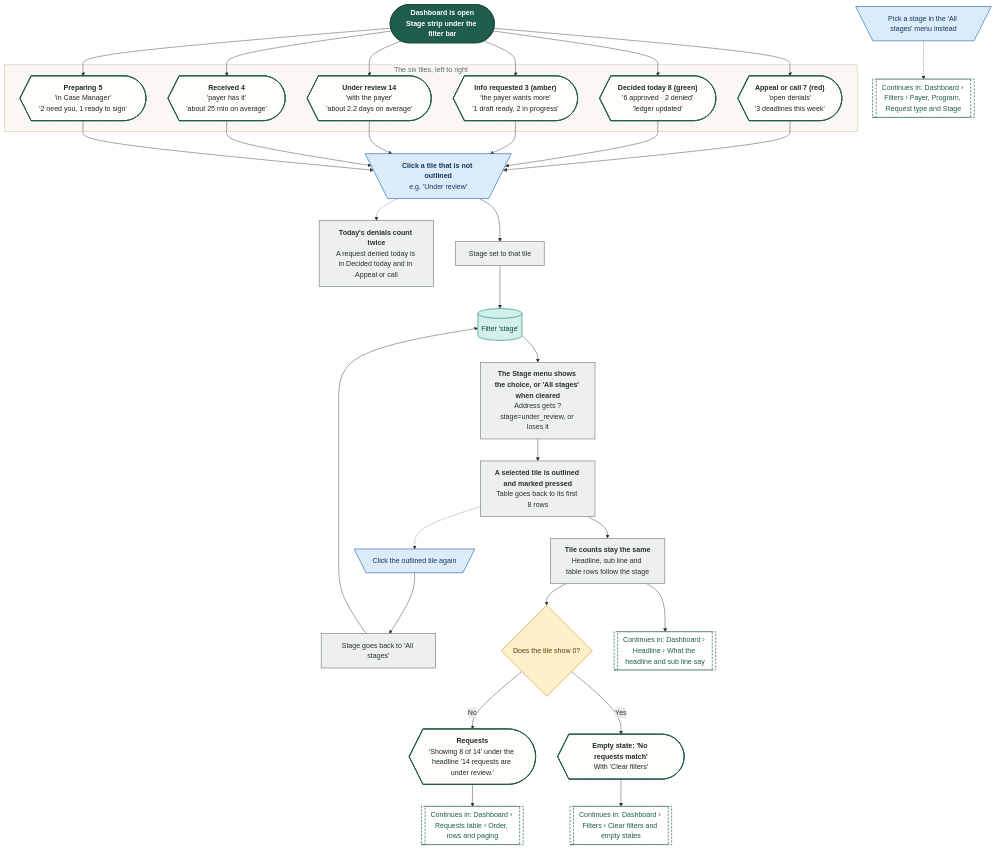
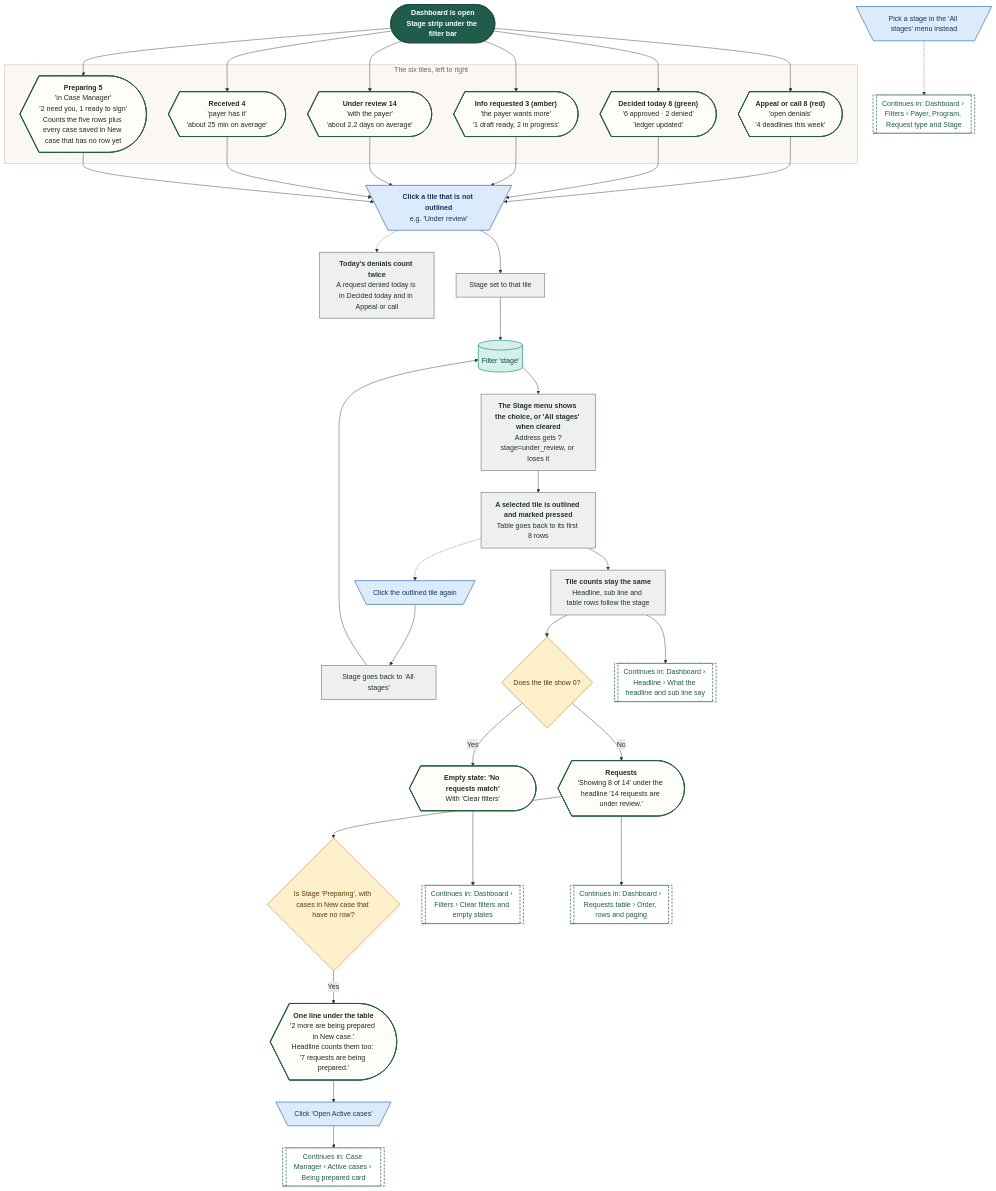
Before and after one commit to Shrav143/psyfloapp: the diagram in demos/prior-auth-demo/workflows/out/mmd/02-dashboard/50-stage-strip-click-a-tile.mmd, drawn with Mermaid. The commit also changed 195 other files, not shown here.

First line of the commit message:
docs: Rebuild workflow diagrams after the demo fixes (220 diagrams)

```diff
--- a/demos/prior-auth-demo/workflows/out/mmd/02-dashboard/50-stage-strip-click-a-tile.mmd
+++ b/demos/prior-auth-demo/workflows/out/mmd/02-dashboard/50-stage-strip-click-a-tile.mmd
@@ -1,66 +1,72 @@
 %%{init: {"theme":"base","themeVariables":{"fontFamily":"'DM Sans', 'Segoe UI', system-ui, sans-serif","fontSize":"15px","lineColor":"#5B6B63","primaryTextColor":"#1C2B25","clusterBkg":"#FBF8F3","clusterBorder":"#D9CDBB","edgeLabelBackground":"#FFFFFF"},"flowchart":{"curve":"basis","nodeSpacing":36,"rankSpacing":48,"padding":12,"htmlLabels":true,"useMaxWidth":false,"wrappingWidth":230}} }%%
 flowchart TD
   classDef k_start fill:#1F5C4B,stroke:#174638,color:#FFFFFF,stroke-width:1.5px,font-weight:600
   classDef k_end fill:#DDEFE3,stroke:#2E7D4F,color:#14502F,stroke-width:1.5px,font-weight:600
   classDef k_endx fill:#FBE3E0,stroke:#C0392B,color:#7A1F16,stroke-width:1.5px,font-weight:600
   classDef k_screen fill:#FFFDF8,stroke:#1F5C4B,color:#1C2B25,stroke-width:2px
   classDef k_overlay fill:#F1F7F3,stroke:#1F5C4B,color:#1C2B25,stroke-width:2px,stroke-dasharray:5 3
   classDef k_click fill:#DCEBFA,stroke:#2F6DB5,color:#12365F,stroke-width:1.5px
   classDef k_input fill:#E4E7FF,stroke:#4C5FD5,color:#1D2670,stroke-width:1.5px
   classDef k_process fill:#EEF0EE,stroke:#7A857F,color:#26302B,stroke-width:1.5px
   classDef k_agent fill:#EEE5FA,stroke:#7A4FC2,color:#341A63,stroke-width:1.5px
   classDef k_decision fill:#FFF0CC,stroke:#D9962B,color:#5C3B00,stroke-width:1.5px
   classDef k_store fill:#D5F0EA,stroke:#1C8E7B,color:#0B4A3F,stroke-width:1.5px
   classDef k_doc fill:#F6E9DC,stroke:#B07A4C,color:#4A2E14,stroke-width:1.5px
   classDef k_ext fill:#FFE6D2,stroke:#E07B39,color:#6B2F06,stroke-width:1.5px
   classDef k_wait fill:#E4E8EE,stroke:#6B7C93,color:#26303D,stroke-width:1.5px
   classDef k_toast fill:#FFF9DB,stroke:#C9A400,color:#5A4A00,stroke-width:1.5px
   classDef k_goto fill:#FFFFFF,stroke:#1F5C4B,color:#1F5C4B,stroke-width:1.5px,stroke-dasharray:5 3
   s1@{ shape: stadium, label: "<b>Dashboard is open</b><br/>Stage strip under the filter bar" }
   subgraph gTiles ["The six tiles, left to right"]
-  t1@{ shape: curv-trap, label: "<b>Preparing 5</b><br/>'in Case Manager'<br/>'2 need you, 1 ready to sign'" }
+  t1@{ shape: curv-trap, label: "<b>Preparing 5</b><br/>'in Case Manager'<br/>'2 need you, 1 ready to sign'<br/>Counts the five rows plus every case saved in New case that has no row yet" }
   t2@{ shape: curv-trap, label: "<b>Received 4</b><br/>'payer has it'<br/>'about 25 min on average'" }
   t3@{ shape: curv-trap, label: "<b>Under review 14</b><br/>'with the payer'<br/>'about 2.2 days on average'" }
   t4@{ shape: curv-trap, label: "<b>Info requested 3 (amber)</b><br/>'the payer wants more'<br/>'1 draft ready, 2 in progress'" }
   t5@{ shape: curv-trap, label: "<b>Decided today 8 (green)</b><br/>'6 approved · 2 denied'<br/>'ledger updated'" }
-  t6@{ shape: curv-trap, label: "<b>Appeal or call 7 (red)</b><br/>'open denials'<br/>'3 deadlines this week'" }
+  t6@{ shape: curv-trap, label: "<b>Appeal or call 8 (red)</b><br/>'open denials'<br/>'4 deadlines this week'" }
   end
   p0@{ shape: rect, label: "<b>Today's denials count twice</b><br/>A request denied today is in Decided today and in Appeal or call" }
   c1@{ shape: trap-t, label: "<b>Click a tile that is not outlined</b><br/>e.g. 'Under review'" }
   c2@{ shape: trap-t, label: "Click the outlined tile again" }
   p1@{ shape: rect, label: "Stage set to that tile" }
   p2@{ shape: rect, label: "Stage goes back to 'All stages'" }
   w1@{ shape: cyl, label: "Filter 'stage'" }
   p3@{ shape: rect, label: "<b>The Stage menu shows the choice, or 'All stages' when cleared</b><br/>Address gets ?stage=under_review, or loses it" }
   p4@{ shape: rect, label: "<b>A selected tile is outlined and marked pressed</b><br/>Table goes back to its first 8 rows" }
   p5@{ shape: rect, label: "<b>Tile counts stay the same</b><br/>Headline, sub line and table rows follow the stage" }
   sc@{ shape: curv-trap, label: "<b>Requests</b><br/>'Showing 8 of 14' under the headline '14 requests are under review.'" }
   d2@{ shape: diam, label: "Does the tile show 0?" }
   em@{ shape: curv-trap, label: "<b>Empty state: 'No requests match'</b><br/>With 'Clear filters'" }
+  d3@{ shape: diam, label: "Is Stage 'Preparing', with cases in New case that have no row?" }
+  ml@{ shape: curv-trap, label: "<b>One line under the table</b><br/>'2 more are being prepared in New case.'<br/>Headline counts them too: '7 requests are being prepared.'" }
+  c3@{ shape: trap-t, label: "Click 'Open Active cases'" }
+  g5@{ shape: subproc, label: "Continues in: Case Manager › Active cases › Being prepared card" }
   m1@{ shape: trap-t, label: "Pick a stage in the 'All stages' menu instead" }
   g1@{ shape: subproc, label: "Continues in: Dashboard › Headline › What the headline and sub line say" }
   g2@{ shape: subproc, label: "Continues in: Dashboard › Filters › Clear filters and empty states" }
   g3@{ shape: subproc, label: "Continues in: Dashboard › Requests table › Order, rows and paging" }
   g4@{ shape: subproc, label: "Continues in: Dashboard › Filters › Payer, Program, Request type and Stage" }
   s1 --> t6 & t5 & t4 & t3 & t2 & t1
   c1 -.-> p0
   t6 & t5 & t4 & t3 & t2 & t1 --> c1
   p4 -.-> c2
   c1 --> p1
   c2 --> p2
   m1 -.-> g4
   p1 --> w1
   p2 --> w1
   w1 --> p3 --> p4 --> p5
   p5 --> g1
   p5 --> d2
   d2 -->|"No"| sc --> g3
   d2 -->|"Yes"| em --> g2
+  sc --> d3
+  d3 -->|"Yes"| ml --> c3 --> g5
   class s1 k_start
-  class t1,t2,t3,t4,t5,t6,sc,em k_screen
+  class t1,t2,t3,t4,t5,t6,sc,em,ml k_screen
   class p0,p1,p2,p3,p4,p5 k_process
-  class c1,c2,m1 k_click
+  class c1,c2,c3,m1 k_click
   class w1 k_store
-  class d2 k_decision
-  class g1,g2,g3,g4 k_goto
+  class d2,d3 k_decision
+  class g5,g1,g2,g3,g4 k_goto
   style gTiles fill:#FBF8F3,stroke:#D9CDBB,stroke-width:1.5px,color:#5B6B63
```
